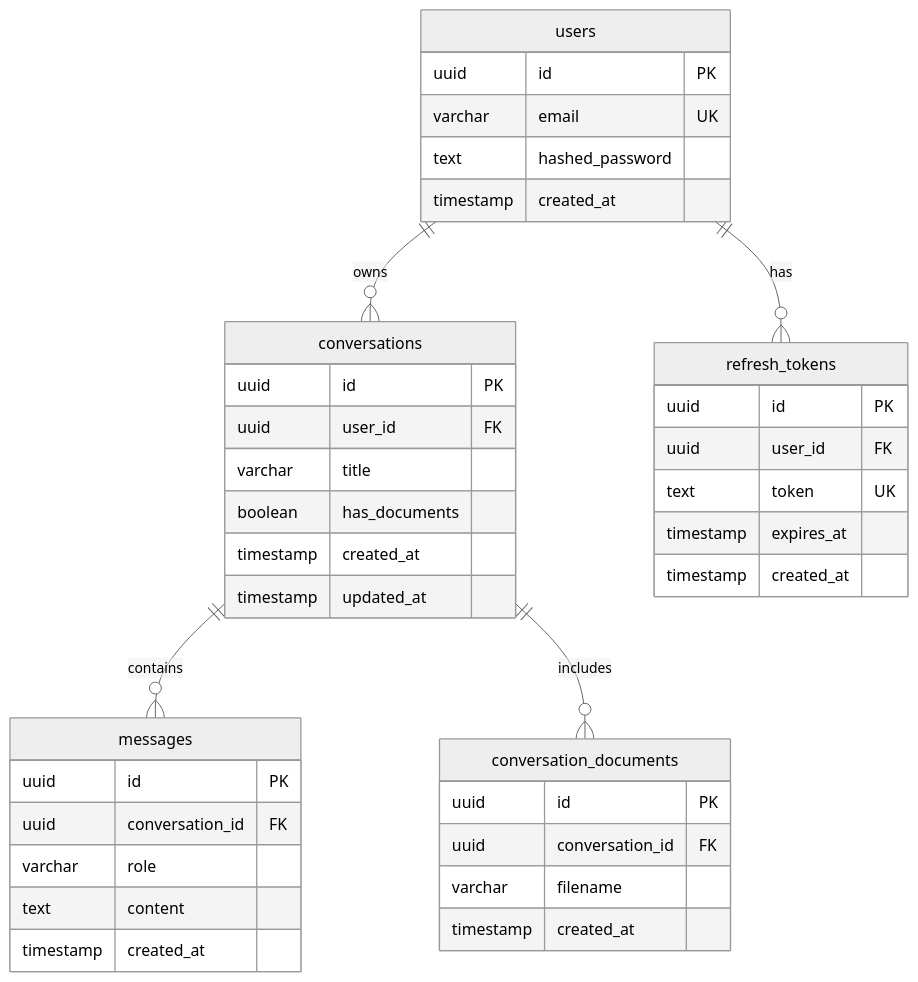
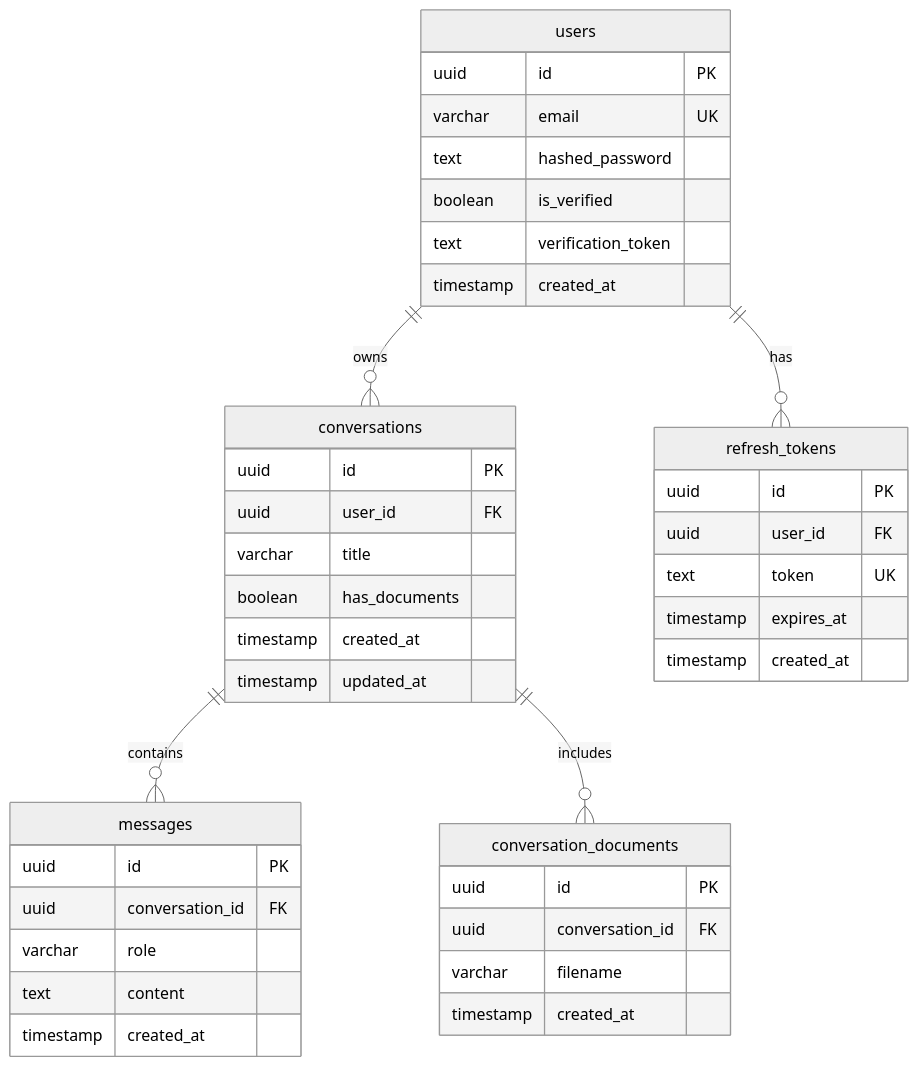
One commit to smt2208/praxis-ai changed the second of 2 diagrams in README.md. Above: the diagram before and after it, drawn with Mermaid (neutral theme). The commit also changed other lines of this file and 32 other files, not shown here.

````diff
--- a/README.md
+++ b/README.md
@@ -78,46 +79,48 @@
 ```mermaid
 erDiagram
     users ||--o{ conversations : owns
     users ||--o{ refresh_tokens : has
     conversations ||--o{ messages : contains
     conversations ||--o{ conversation_documents : includes
 
     users {
         uuid id PK
         varchar email UK
         text hashed_password
+        boolean is_verified
+        text verification_token
         timestamp created_at
     }
 
     conversations {
         uuid id PK
         uuid user_id FK
         varchar title
         boolean has_documents
         timestamp created_at
         timestamp updated_at
     }
 
     messages {
         uuid id PK
         uuid conversation_id FK
         varchar role
         text content
         timestamp created_at
     }
 
     refresh_tokens {
         uuid id PK
         uuid user_id FK
         text token UK
         timestamp expires_at
         timestamp created_at
     }
 
     conversation_documents {
         uuid id PK
         uuid conversation_id FK
         varchar filename
         timestamp created_at
     }
 ```
````
